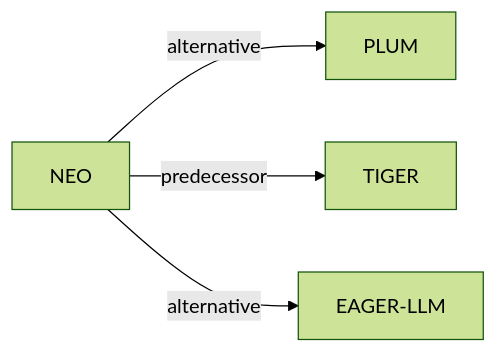
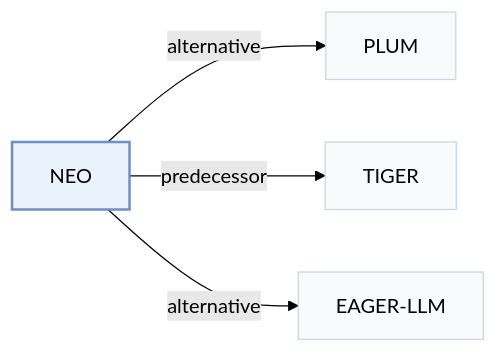
The second of 2 diagrams in pages/papers/neo.md (Galaxy-ghost/Awesome-SID-Generative-Rec), drawn with Mermaid (forest theme) before and after one commit. The commit also changed other lines of this file and 649 other files, not shown here.

Commit message:
writer-05: also tags and modality index (schema, check, build, visuals); summary field removed; calibration data for 12 papers

````diff
--- a/pages/papers/neo.md
+++ b/pages/papers/neo.md
@@ -68,7 +72,11 @@
 ```mermaid
 flowchart LR
     P["NEO"]
-    P -->|alternative| A["PLUM"]
-    P -->|predecessor| B["TIGER"]
-    P -->|alternative| C["EAGER-LLM"]
+    P -->|"alternative"| A["PLUM"]
+    P -->|"predecessor"| B["TIGER"]
+    P -->|"alternative"| C["EAGER-LLM"]
+    classDef main fill:#eaf2fb,stroke:#6b8fc7,stroke-width:2px
+    classDef peer fill:#f8fafc,stroke:#cbd5e1
+    class P main
+    class A,B,C peer
 ```
````
